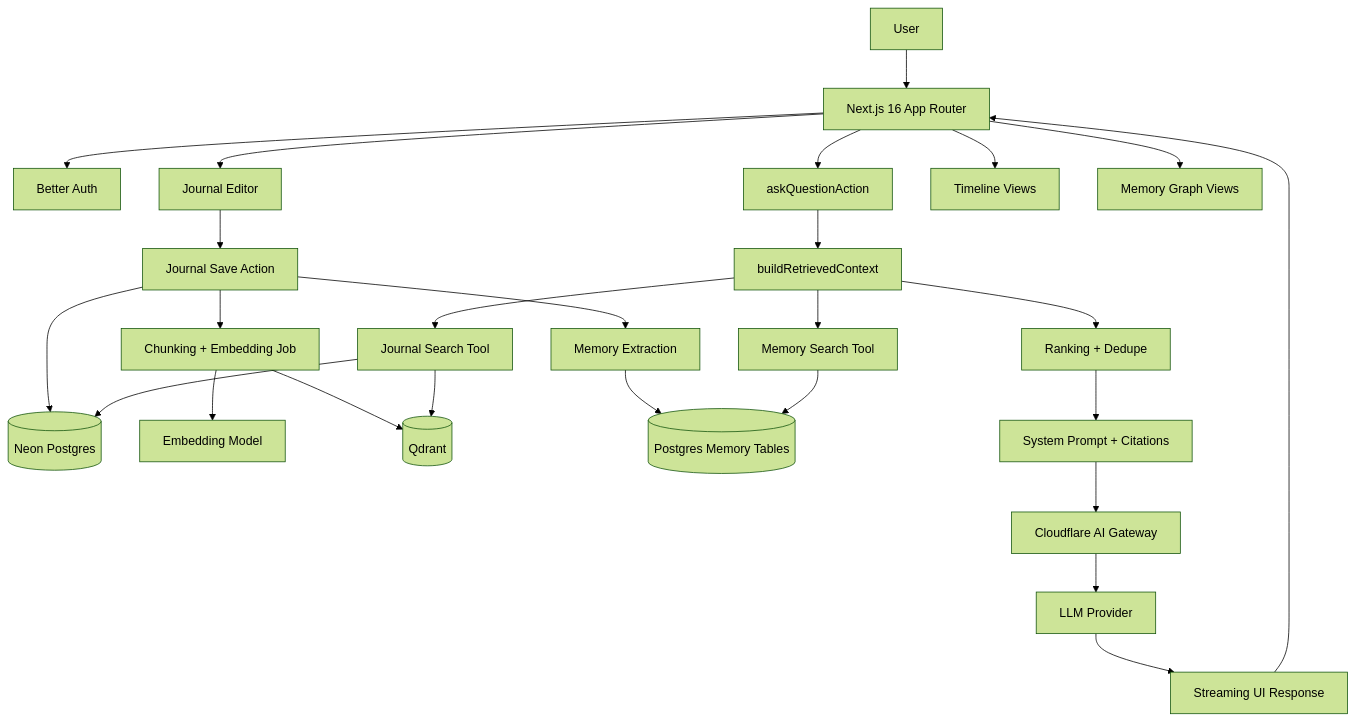
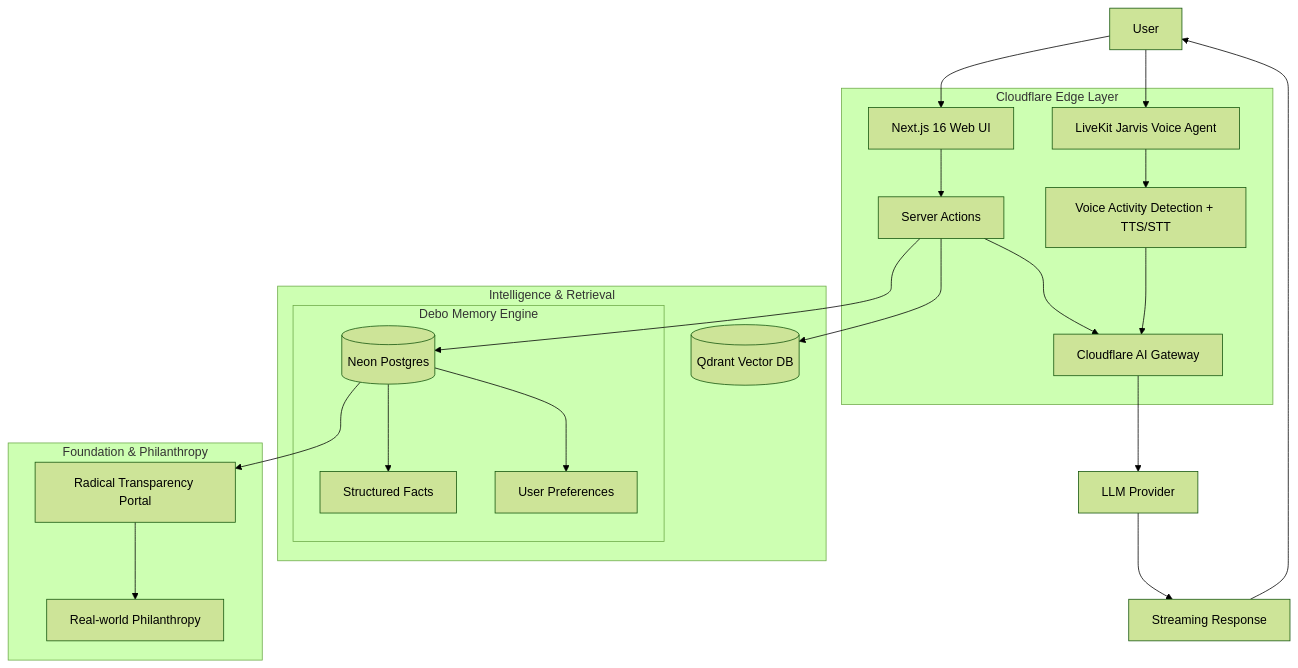
One commit to SH20RAJ/debo changed the diagram in docs/ARCHITECTURE.md. Above: the diagram before and after it, drawn with Mermaid (forest theme). The commit also changed other lines of this file and 4 other files, not shown here.

Commit message:
docs: update system documentation to reflect real-time voice, memory engine, and privacy architecture enhancements.

````diff
--- a/docs/ARCHITECTURE.md
+++ b/docs/ARCHITECTURE.md
@@ -11,30 +10,31 @@
 ```mermaid
 graph TD
-    User[User] --> App[Next.js 16 App Router]
-    App --> Auth[Better Auth]
-    App --> Editor[Journal Editor]
-    App --> Ask[askQuestionAction]
-    App --> Timeline[Timeline Views]
-    App --> Graph[Memory Graph Views]
+    User[User] --> Web[Next.js 16 Web UI]
+    User --> Voice[LiveKit Jarvis Voice Agent]
+    
+    subgraph Edge_Execution[Cloudflare Edge Layer]
+        Web --> Actions[Server Actions]
+        Voice --> VoiceLogic[Voice Activity Detection + TTS/STT]
+        Actions --> AIGateway[Cloudflare AI Gateway]
+        VoiceLogic --> AIGateway
+    end
 
-    Editor --> Save[Journal Save Action]
-    Save --> DB[(Neon Postgres)]
-    Save --> Chunk[Chunking + Embedding Job]
-    Chunk --> Embeddings[Embedding Model]
-    Chunk --> Qdrant[(Qdrant)]
-    Save --> MemoryExtract[Memory Extraction]
-    MemoryExtract --> MemoryStore[(Postgres Memory Tables)]
+    subgraph Intelligence_Layer[Intelligence & Retrieval]
+        Actions --> DB[(Neon Postgres)]
+        Actions --> Qdrant[(Qdrant Vector DB)]
+        
+        subgraph Memory_Engine[Debo Memory Engine]
+            DB --> Facts[Structured Facts]
+            DB --> Prefs[User Preferences]
+        end
+    end
 
-    Ask --> Context[buildRetrievedContext]
-    Context --> JournalSearch[Journal Search Tool]
-    Context --> MemorySearch[Memory Search Tool]
-    JournalSearch --> Qdrant
-    JournalSearch --> DB
-    MemorySearch --> MemoryStore
-    Context --> Rank[Ranking + Dedupe]
-    Rank --> Prompt[System Prompt + Citations]
-    Prompt --> Gateway[Cloudflare AI Gateway]
-    Gateway --> Model[LLM Provider]
-    Model --> Stream[Streaming UI Response]
-    Stream --> App
+    subgraph Impact_Layer[Foundation & Philanthropy]
+        DB --> Transparency[Radical Transparency Portal]
+        Transparency --> Impact[Real-world Philanthropy]
+    end
+
+    AIGateway --> LLM[LLM Provider]
+    LLM --> Stream[Streaming Response]
+    Stream --> User
 ```
````
